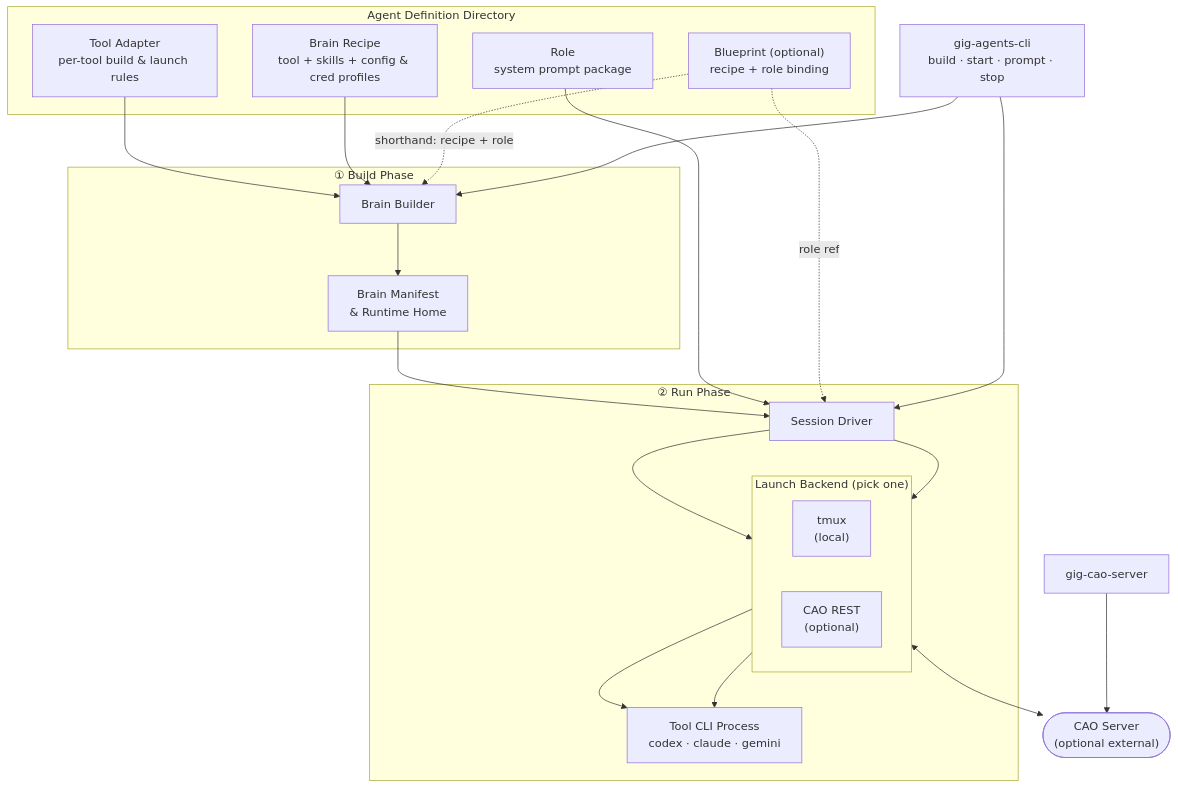
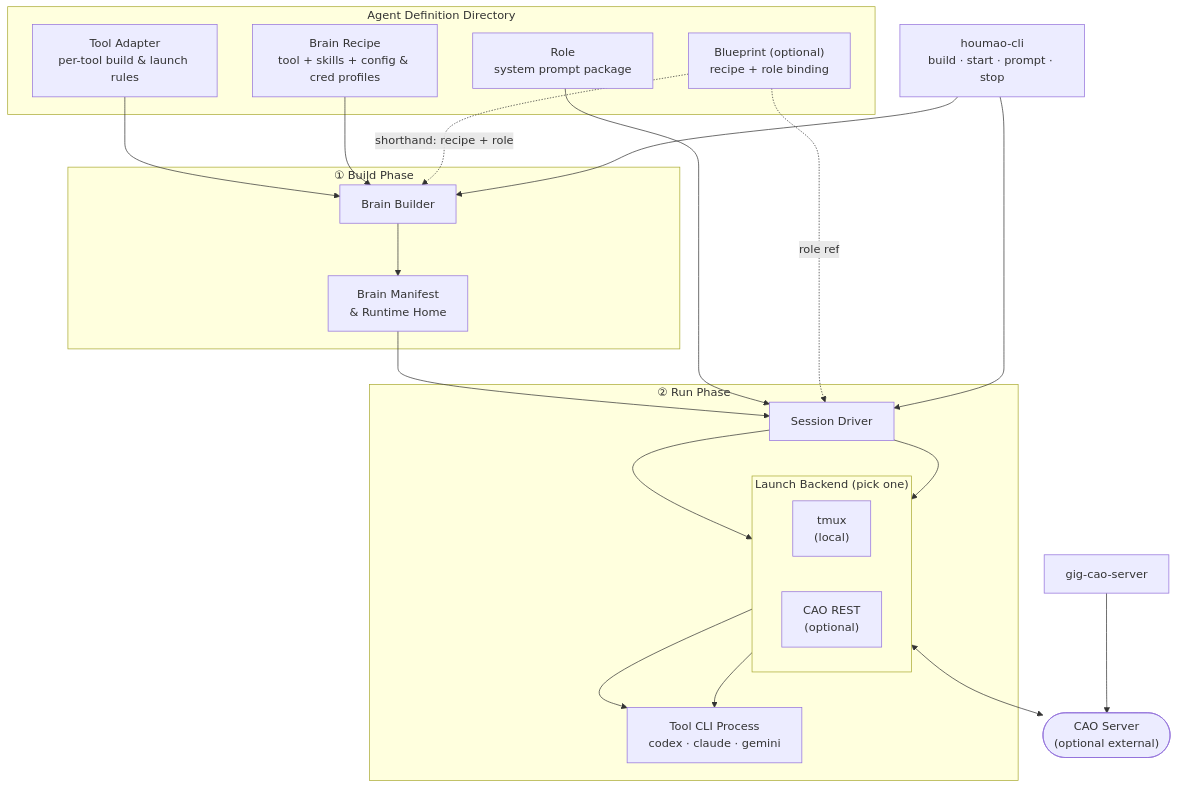
Before and after one commit to igamenovoer/houmao: the first of 2 diagrams in README.md, drawn with Mermaid. The commit also changed other lines of this file and 185 other files, not shown here.

````diff
--- a/README.md
+++ b/README.md
@@ -328,48 +331,48 @@
 ```mermaid
 flowchart TB
     subgraph agentdef ["Agent Definition Directory"]
         adapter["Tool Adapter<br/>per-tool build & launch rules"]
         recipe["Brain Recipe<br/>tool + skills + config & cred profiles"]
         role["Role<br/>system prompt package"]
         blueprint["Blueprint  (optional)<br/>recipe + role binding"]
     end
 
     subgraph buildphase ["① Build Phase"]
         builder["Brain Builder"]
         artifact["Brain Manifest<br/>& Runtime Home"]
         builder --> artifact
     end
 
     subgraph runphase ["② Run Phase"]
         runtime["Session Driver"]
         subgraph backends ["Launch Backend  (pick one)"]
             direction LR
             tmux_b["tmux<br/>(local)"]
             cao_b["CAO REST<br/>(optional)"]
         end
         toolcli["Tool CLI Process<br/>codex · claude · gemini"]
         runtime --> tmux_b & cao_b --> toolcli
     end
 
     extcao(["CAO Server<br/>(optional external)"])
     caocli["gig-cao-server"]
-    agentscli["gig-agents-cli<br/>build · start · prompt · stop"]
+    agentscli["houmao-cli<br/>build · start · prompt · stop"]
 
     %% Build inputs
     adapter --> builder
     recipe --> builder
     blueprint -. "shorthand: recipe + role" .-> builder
 
     %% Phase handoff
     artifact --> runtime
     role --> runtime
     blueprint -. "role ref" .-> runtime
 
     %% CAO path
     cao_b <--> extcao
     caocli --> extcao
 
     %% CLI orchestrates both phases
     agentscli --> builder
     agentscli --> runtime
 ```
````
